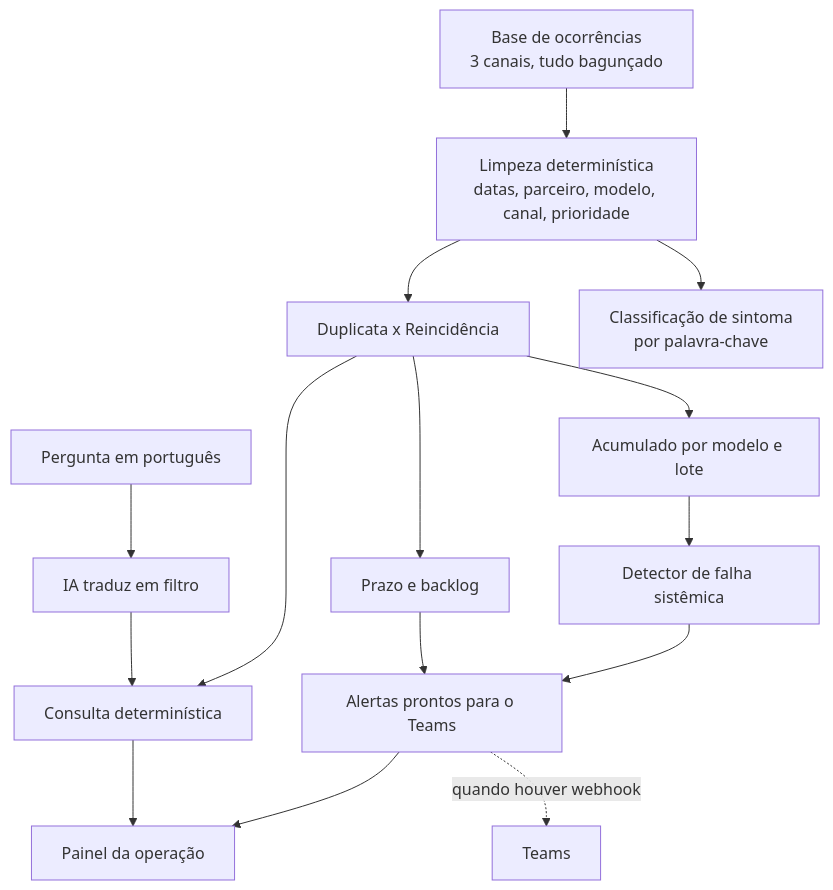
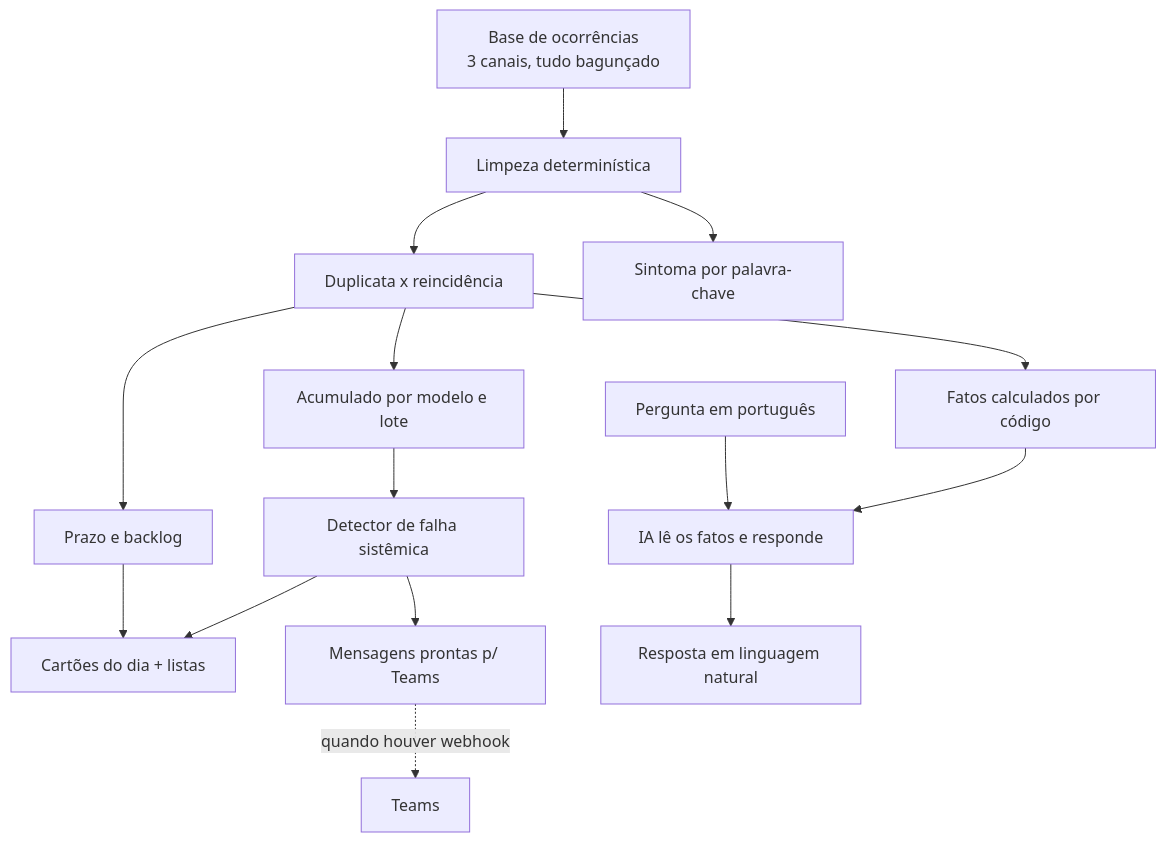
Before and after one commit to marchiorikaique-hub/ax-center-triagem: the diagram in SOLUCAO.md, drawn with Mermaid. The commit also changed other lines of this file and 15 other files, not shown here.

First line of the commit message:
Redesign: chat de IA de verdade no topo, tema claro executivo, cartões clicáveis com listas e envio ao Teams

````diff
--- a/SOLUCAO.md
+++ b/SOLUCAO.md
@@ -36,15 +33,16 @@
 ```mermaid
 flowchart TD
-    CSV[Base de ocorrências<br/>3 canais, tudo bagunçado] --> N[Limpeza determinística<br/>datas, parceiro, modelo, canal, prioridade]
-    N --> D[Duplicata x Reincidência]
-    N --> S[Classificação de sintoma<br/>por palavra-chave]
-    D --> AC[Acumulado por modelo e lote]
-    AC --> SIS[Detector de falha sistêmica]
-    D --> SLA[Prazo e backlog]
-    SIS --> AL[Alertas prontos para o Teams]
-    SLA --> AL
-    AL --> PAINEL[Painel da operação]
-    D --> Q[Consulta determinística]
-    PERG[Pergunta em português] --> IA[IA traduz em filtro] --> Q --> PAINEL
-    AL -. quando houver webhook .-> TEAMS[Teams]
+    CSV[Base de ocorrências<br/>3 canais, tudo bagunçado] --> LIMP[Limpeza determinística]
+    LIMP --> DUP[Duplicata x reincidência]
+    LIMP --> SINT[Sintoma por palavra-chave]
+    DUP --> SLA[Prazo e backlog]
+    DUP --> ACU[Acumulado por modelo e lote]
+    ACU --> SIS[Detector de falha sistêmica]
+    SLA --> CARTOES[Cartões do dia + listas]
+    SIS --> CARTOES
+    SIS --> MSG[Mensagens prontas p/ Teams]
+    MSG -. quando houver webhook .-> TEAMS[Teams]
+    DUP --> FATOS[Fatos calculados por código]
+    PERG[Pergunta em português] --> IA[IA lê os fatos e responde]
+    FATOS --> IA --> RESP[Resposta em linguagem natural]
 ```
````
